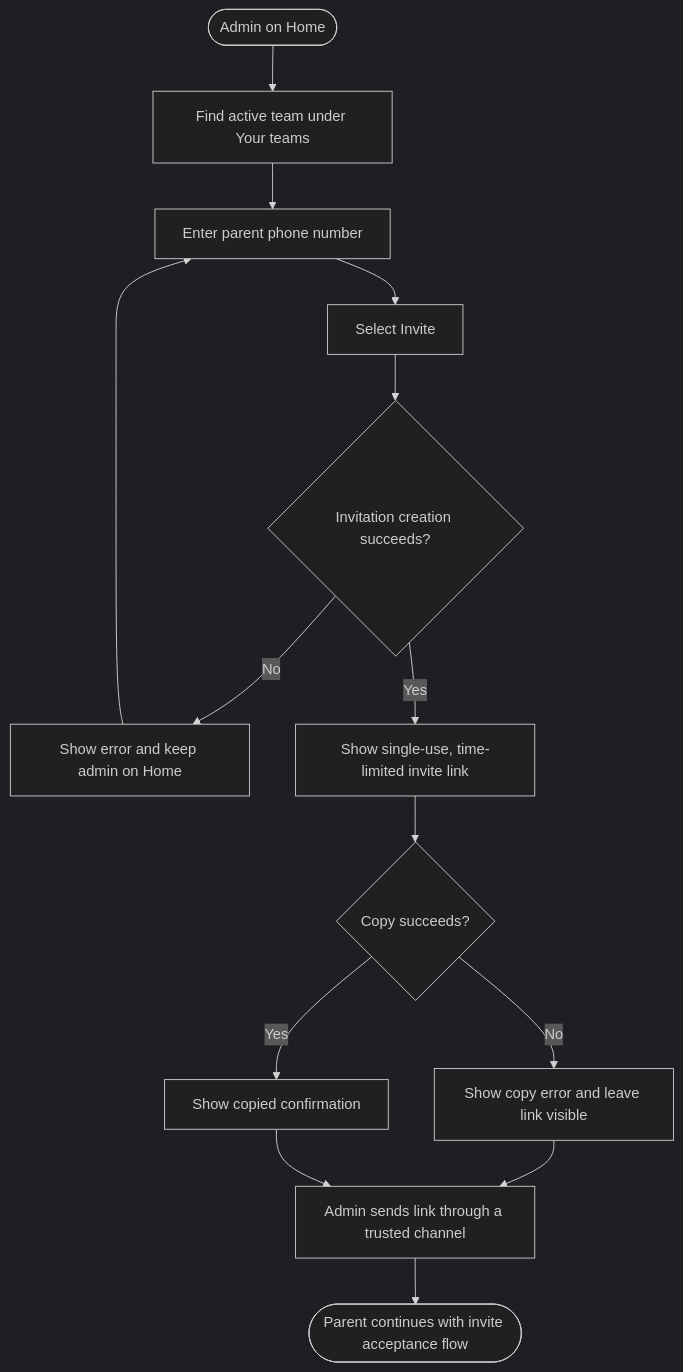
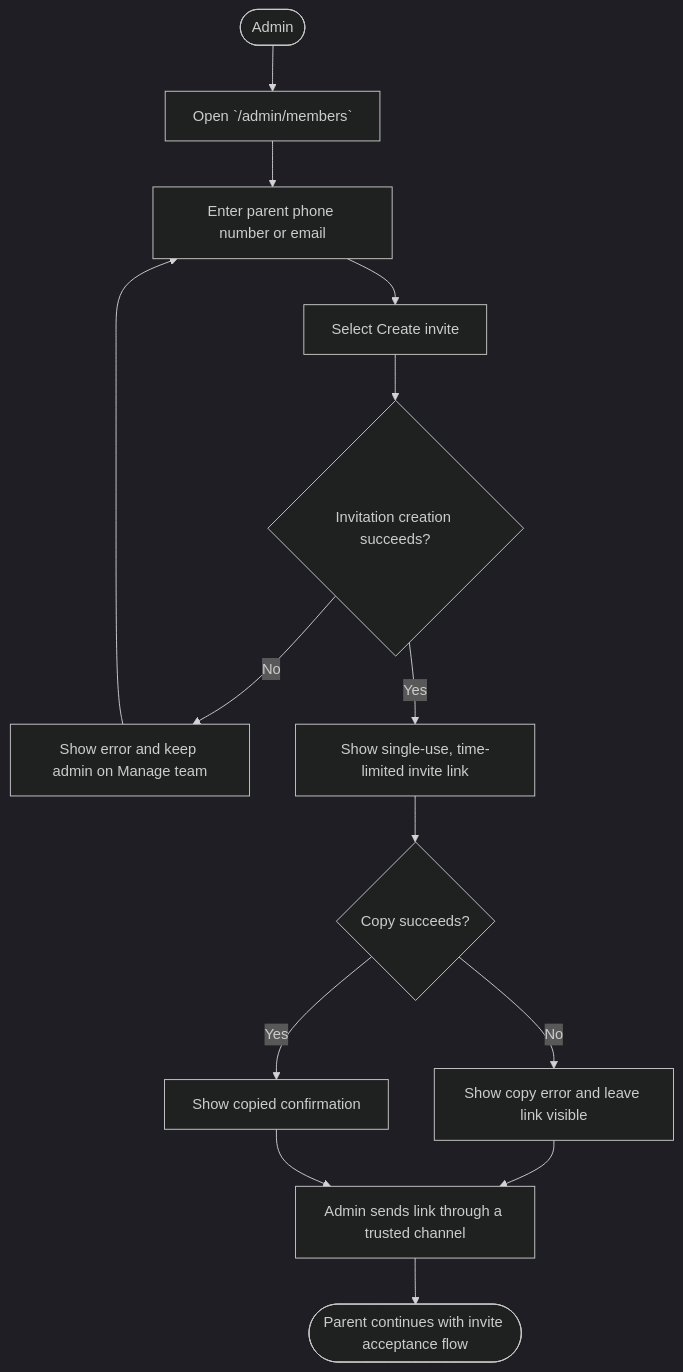
Before and after one commit to kazes5/soccer: the fourth of 29 diagrams in docs/flow-charts.md, drawn with Mermaid (dark theme). The commit also changed other lines of this file and 19 other files, not shown here.

````diff
--- a/docs/flow-charts.md
+++ b/docs/flow-charts.md
@@ -70,16 +70,16 @@
 ```mermaid
 flowchart TD
-    A([Admin on Home]) --> B[Find active team under Your teams]
-    B --> C[Enter parent phone number]
-    C --> D[Select Invite]
+    A([Admin]) --> B[Open `/admin/members`]
+    B --> C[Enter parent phone number or email]
+    C --> D[Select Create invite]
     D --> E{Invitation creation succeeds?}
-    E -->|No| F[Show error and keep admin on Home]
+    E -->|No| F[Show error and keep admin on Manage team]
     F --> C
     E -->|Yes| G[Show single-use, time-limited invite link]
     G --> H{Copy succeeds?}
     H -->|No| I[Show copy error and leave link visible]
     H -->|Yes| J[Show copied confirmation]
     I --> K[Admin sends link through a trusted channel]
     J --> K
     K --> L([Parent continues with invite acceptance flow])
 ```
````
